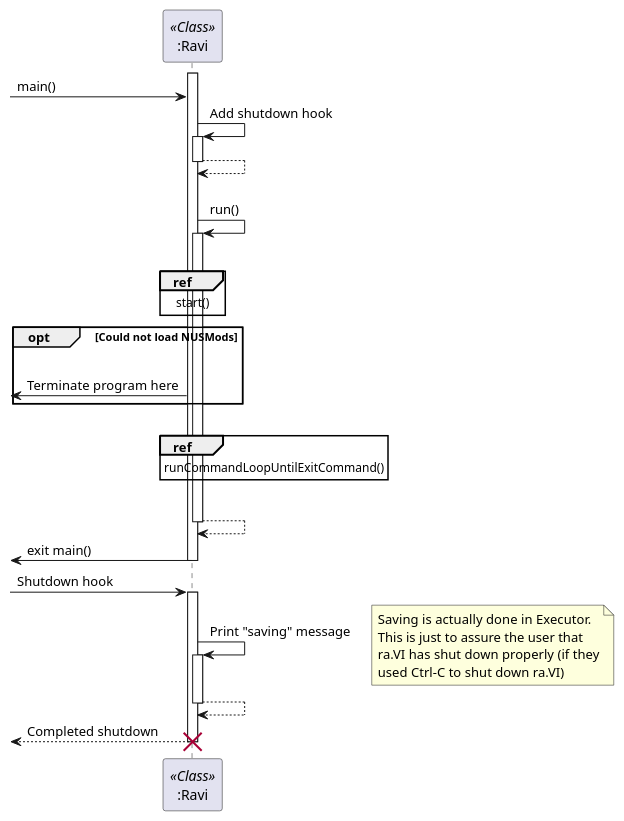
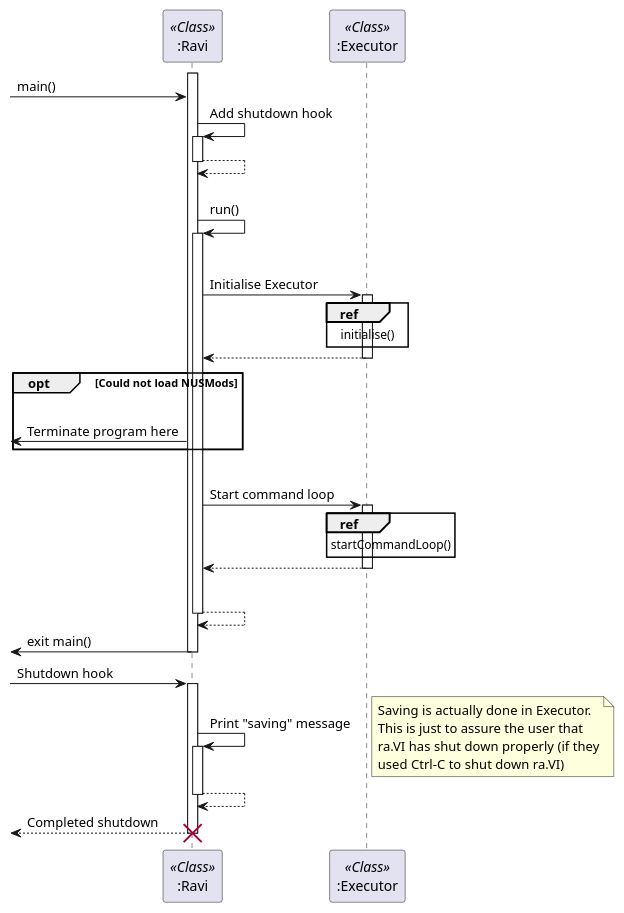
The diagram in docs/diagrams/UML/MainSequenceDiagram.puml (wangqinNick/tp), drawn with PlantUML before and after one commit. The commit also changed 10 other files, not shown here.

Commit message:
Updates for DG and diagrams; moved more stuff to Executor

```diff
--- a/docs/diagrams/UML/MainSequenceDiagram.puml
+++ b/docs/diagrams/UML/MainSequenceDiagram.puml
@@ -1,37 +1,42 @@
 @startuml
 
 participant ":Ravi" as Ravi << Class >>
+participant ":Executor" as Ex << Class >>
 
 create Ravi
 activate Ravi
 -> Ravi: main()
 Ravi -> Ravi ++ : Add shutdown hook
 return
 |||
 Ravi -> Ravi  ++ : run()
     |||
-        ref over Ravi: start()
+        Ravi -> Ex ++ : Initialise Executor
+            ref over Ex: initialise()
+        Ravi <-- Ex --
         opt Could not load NUSMods
             |||
             <- Ravi : Terminate program here
         end opt
         |||
-        ref over Ravi: runCommandLoopUntilExitCommand()
+        Ravi -> Ex ++ : Start command loop
+            ref over Ex: startCommandLoop()
+        Ravi <-- Ex --
     |||
 return
 
 <- Ravi -- : exit main()
 
 -> Ravi ++ : Shutdown hook
 Ravi -> Ravi ++ : Print "saving" message
 note right
     Saving is actually done in Executor.
     This is just to assure the user that
     ra.VI has shut down properly (if they
     used Ctrl-C to shut down ra.VI)
 end note
 return
 return Completed shutdown
 destroy Ravi
 
 @enduml
```
